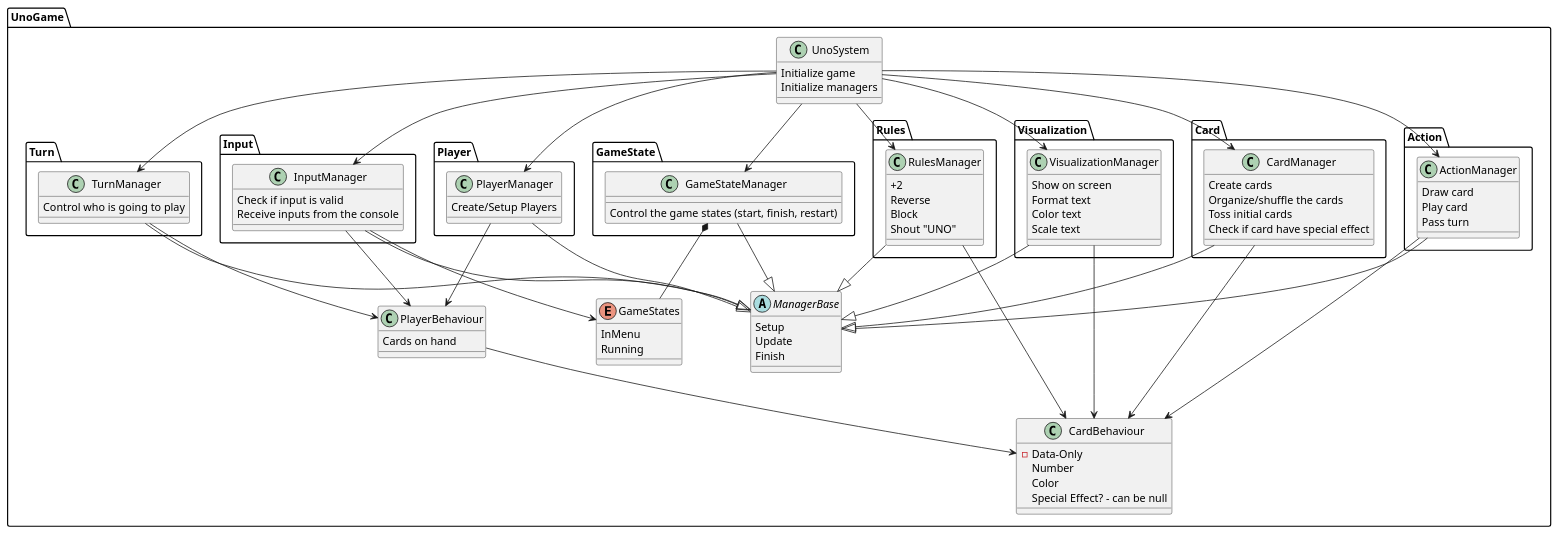
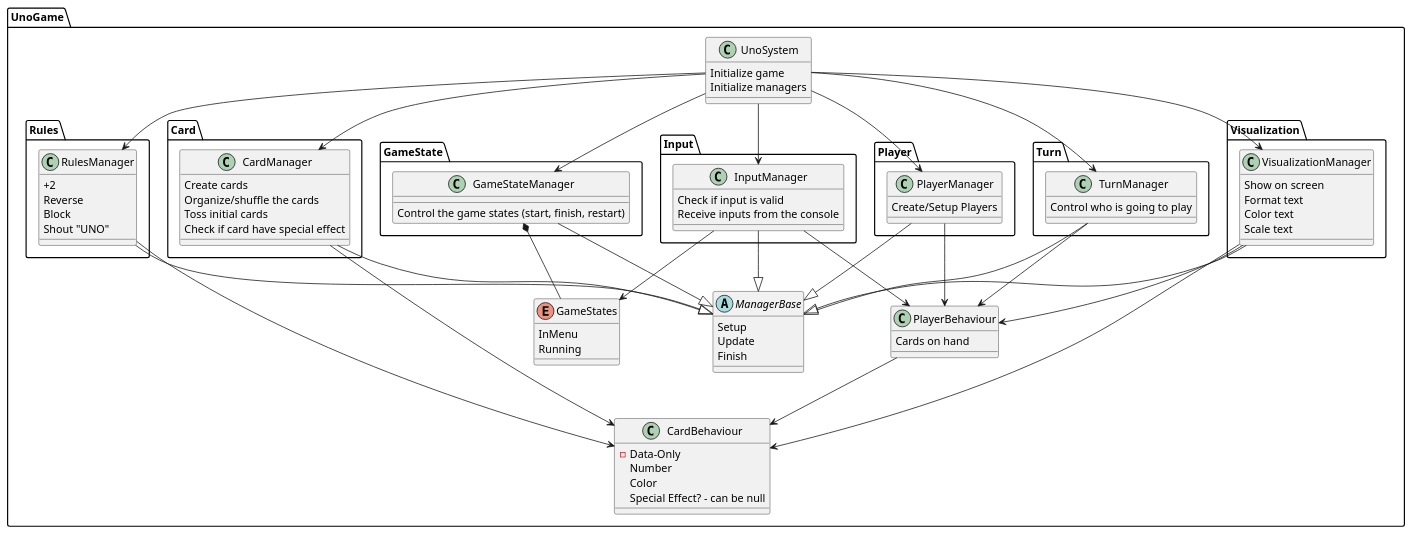
One commit to caiovini980/UnoGame changed the diagram in UnoGame/Docs/Idea Diagram.puml. Above: the diagram before and after it, drawn with PlantUML. The commit also changed 4 other files, not shown here.

Commit message:
fix: removed ActionManager from UnoSystem, updated the diagram and code cleanup

```diff
--- a/UnoGame/Docs/Idea Diagram.puml
+++ b/UnoGame/Docs/Idea Diagram.puml
@@ -1,171 +1,159 @@
 @startuml
 'https://plantuml.com/sequence-diagram
 
 'SYSTEMS'
 package UnoGame
 {
     'ABSTRACTS'
     abstract class ManagerBase
     {
         Setup
         Update
         Finish
     }
     
     class UnoSystem
     {
         Initialize game
         Initialize managers
     }
     
     class CardBehaviour
     {
         - Data-Only
         Number
         Color
         Special Effect? - can be null
     }
     
     class PlayerBehaviour
     {
         Cards on hand
     }
     
     'INTERFACES'
     
     'ENUMS'
     enum GameStates
     {
         InMenu
         Running
     }
     
     'MANAGERS'
     package GameState
     {
         class GameStateManager
         {
             Control the game states (start, finish, restart)
         }
     }
     
     package Card
     {
         class CardManager
         {
             Create cards
             Organize/shuffle the cards
             Toss initial cards
             Check if card have special effect
         }
     }
     
     package Turn
     {
         class TurnManager
         {
             Control who is going to play
         }
     }
     
-    package Action
-    {
-        class ActionManager
-        {
-            Draw card
-            Play card
-            Pass turn
-        }
-    }
-    
     package Player
     {
         class PlayerManager
         {
             Create/Setup Players
         }
         
         
     }   
     
     package Rules
     {
         class RulesManager
         {
             +2
             Reverse
             Block
             Shout "UNO"
         }
     }  
     
     package Input
     {
         class InputManager
         {
             Check if input is valid
             Receive inputs from the console
         } 
     }
            
     package Visualization
     {
         class VisualizationManager
         {
             Show on screen
             Format text
             Color text
             Scale text
         }
     }
     
     'UTILS'
 '    package Utils
 '    {
 '        class TimerHandler
 '        {
 '            Create timer 
 '            Notify when timer finished
 '        }
 '    }
     
     'RELATIONS'
     'Parent - Child'
     GameStateManager --|> ManagerBase
     CardManager --|> ManagerBase
     TurnManager --|> ManagerBase
-    ActionManager --|> ManagerBase
     InputManager --|> ManagerBase
     PlayerManager --|> ManagerBase
     RulesManager --|> ManagerBase
     VisualizationManager --|> ManagerBase
     
     'System - Managers'
     UnoSystem --> GameStateManager
     UnoSystem --> CardManager
     UnoSystem --> TurnManager
-    UnoSystem --> ActionManager
     UnoSystem --> InputManager
     UnoSystem --> PlayerManager
     UnoSystem --> RulesManager
     UnoSystem --> VisualizationManager
     
     'A "has instance of" B. B cant live without A'
     GameStateManager *-- GameStates
     
     'Interfaces'
     
     'A "has instance of" B. B can live without A'
     CardManager --> CardBehaviour
     PlayerManager --> PlayerBehaviour
     PlayerBehaviour --> CardBehaviour
-    ActionManager --> CardBehaviour
     RulesManager --> CardBehaviour
     TurnManager --> PlayerBehaviour
     VisualizationManager --> CardBehaviour
+    VisualizationManager --> PlayerBehaviour
     InputManager --> GameStates
     InputManager --> PlayerBehaviour
 }
 
 
 @enduml
```
